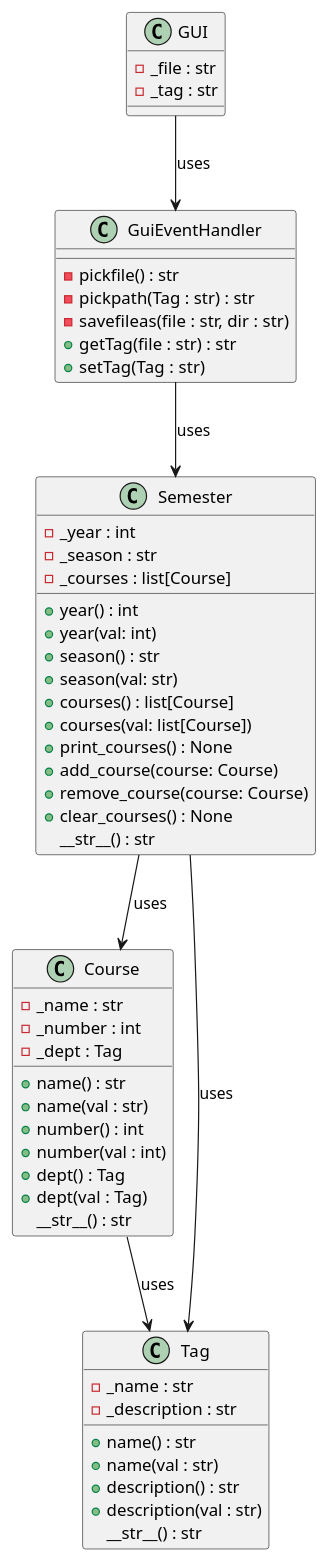
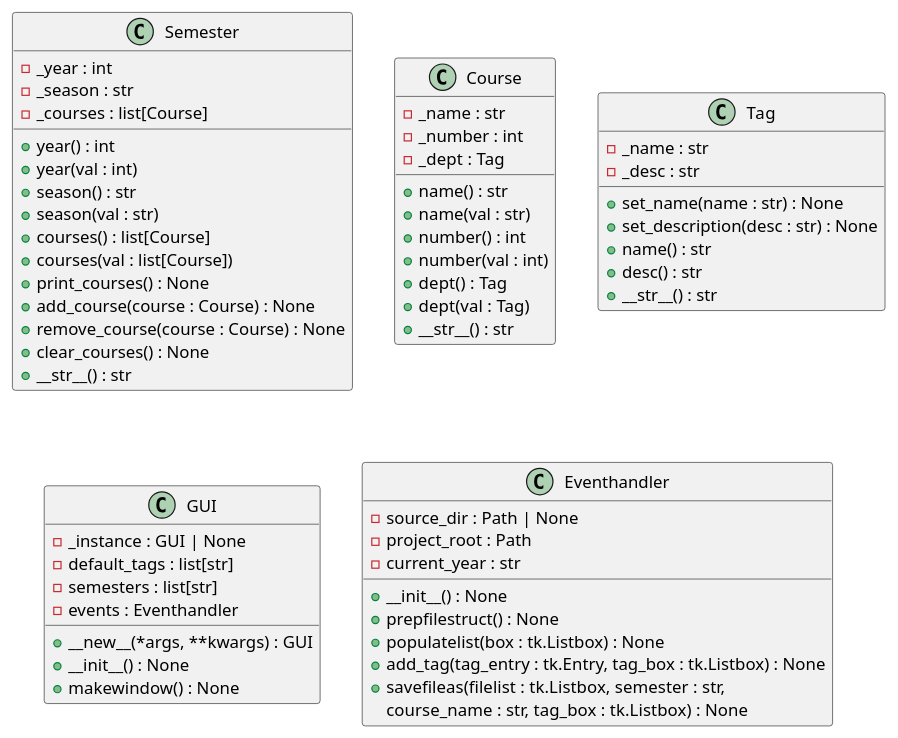
Before and after one commit to BandFrLife/fileSorter2026: the diagram in uml/classes.plantuml, drawn with PlantUML. The commit also changed other lines of this file and 7 other files, not shown here.

Commit message:
update uml files

```diff
--- a/uml/classes.plantuml
+++ b/uml/classes.plantuml
@@ -3,62 +3,65 @@
 @startuml
 class Semester {
     - _year : int
     - _season : str
     - _courses : list[Course]
     + year() : int
-    + year(val: int)
+    + year(val : int)
     + season() : str
-    + season(val: str)
+    + season(val : str)
     + courses() : list[Course]
-    + courses(val: list[Course])
+    + courses(val : list[Course])
     + print_courses() : None
-    + add_course(course: Course)
-    + remove_course(course: Course)
+    + add_course(course : Course) : None
+    + remove_course(course : Course) : None
     + clear_courses() : None
-    __str__() : str
+    + __str__() : str
 }
 
 class Course {
     - _name : str
     - _number : int
     - _dept : Tag
     + name() : str
     + name(val : str)
     + number() : int
     + number(val : int)
     + dept() : Tag
     + dept(val : Tag)
-    __str__() : str
+    + __str__() : str
 }
 
 class Tag {
     - _name : str
-    - _description : str
+    - _desc : str
+    + set_name(name : str) : None
+    + set_description(desc : str) : None
     + name() : str
-    + name(val : str)
-    + description() : str
-    + description(val : str)
-    __str__() : str
+    + desc() : str
+    + __str__() : str
 }
 
 class GUI {
-    - _file : str
-    - _tag : str
-
+    - _instance : GUI | None
+    - default_tags : list[str]
+    - semesters : list[str]
+    - events : Eventhandler
+    + __new__(*args, **kwargs) : GUI
+    + __init__() : None
+    + makewindow() : None
 }
 
-class GuiEventHandler {
-    - pickfile() : str
-    - pickpath(Tag : str) : str
-    - savefileas(file : str, dir : str)
-    + getTag(file : str) : str
-    + setTag(Tag : str)
+class Eventhandler {
+    - source_dir : Path | None
+    - project_root : Path
+    - current_year : str
+    + __init__() : None
+    + prepfilestruct() : None
+    + populatelist(box : tk.Listbox) : None
+    + add_tag(tag_entry : tk.Entry, tag_box : tk.Listbox) : None
+    + savefileas(filelist : tk.Listbox, semester : str, 
+                    course_name : str, tag_box : tk.Listbox) : None
 }
 
-GUI --> GuiEventHandler : uses
-GuiEventHandler --> Semester : uses
-Semester --> Course : uses
-Semester --> Tag : uses
-Course --> Tag : uses
 
 @enduml
```
